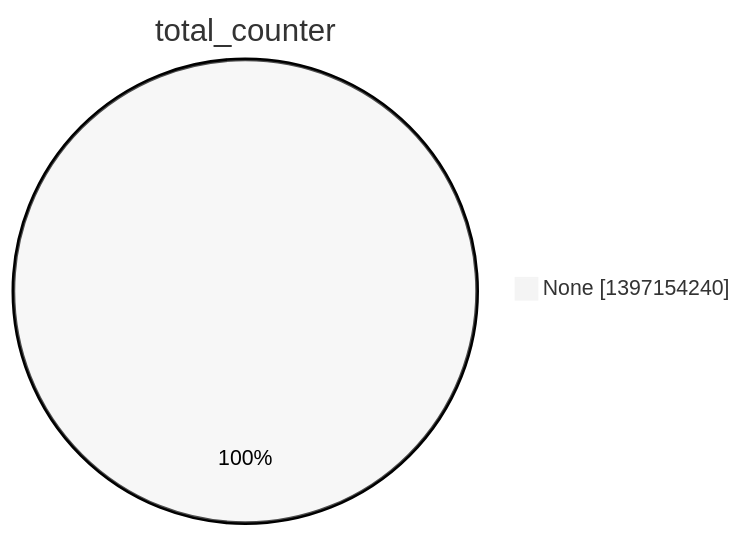
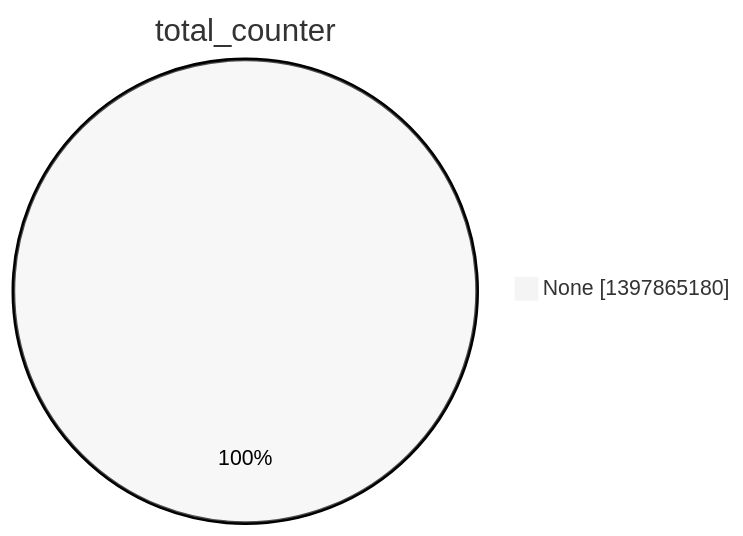
One commit to christiankrug/ctmonitor_visualization changed the second of 15 diagrams in argon2022/README.md. Above: the diagram before and after it, drawn with Mermaid (neutral theme). The commit also changed other lines of this file, not shown here.

````diff
--- a/argon2022/README.md
+++ b/argon2022/README.md
@@ -9,5 +9,5 @@
 ```mermaid
 pie showData
 title total_counter
-"None" :1397154240
+"None" :1397865180
 ```
````
